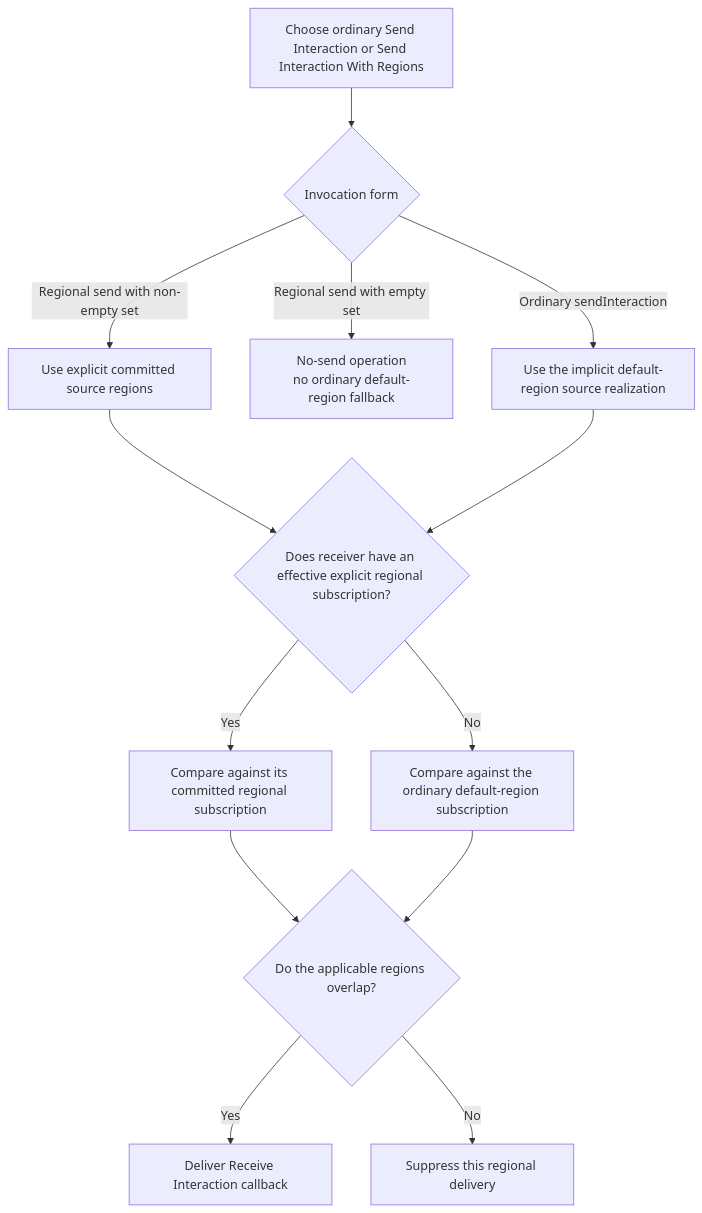
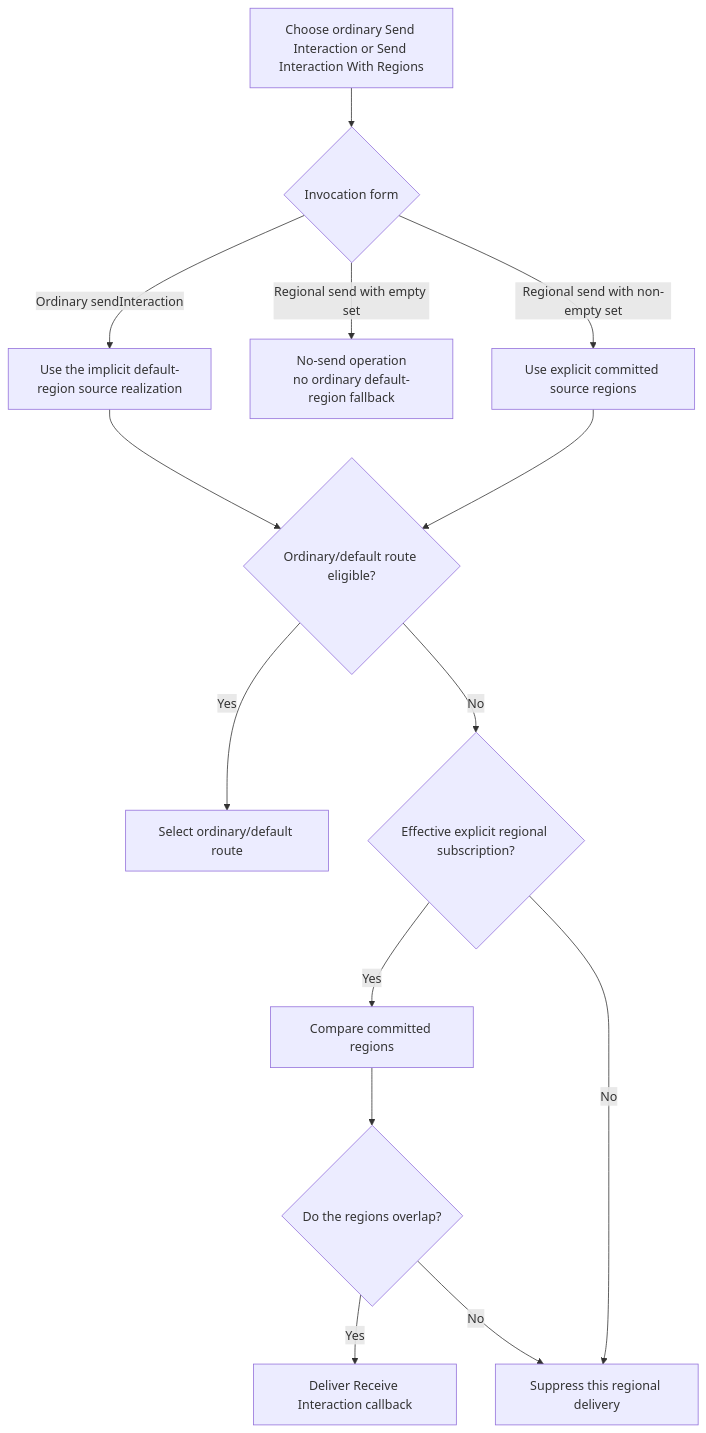
Diagram 17 of 23 in docs/design/HLA-2025-DATA-DISTRIBUTION-AND-REGIONS-FLOW-GUIDE.md (sheepfling/umbra), drawn with Mermaid before and after one commit. The commit also changed other lines of this file and 668 other files, not shown here.

````diff
--- a/docs/design/HLA-2025-DATA-DISTRIBUTION-AND-REGIONS-FLOW-GUIDE.md
+++ b/docs/design/HLA-2025-DATA-DISTRIBUTION-AND-REGIONS-FLOW-GUIDE.md
@@ -1183,15 +1432,16 @@
 ```mermaid
 flowchart TD
   A[Choose ordinary Send Interaction or Send Interaction With Regions] --> B{Invocation form}
   B -->|Ordinary sendInteraction| D[Use the implicit default-region source realization]
   B -->|Regional send with empty set| Z[No-send operation<br/>no ordinary default-region fallback]
   B -->|Regional send with non-empty set| C[Use explicit committed source regions]
-  C --> E{Does receiver have an effective explicit regional subscription?}
+  C --> E{Ordinary/default route eligible?}
   D --> E
-  E -->|Yes| F[Compare against its committed regional subscription]
-  E -->|No| G[Compare against the ordinary default-region subscription]
-  F --> H{Do the applicable regions overlap?}
-  G --> H
-  H -->|Yes| I[Deliver Receive Interaction callback]
-  H -->|No| J[Suppress this regional delivery]
+  E -->|Yes| F[Select ordinary/default route]
+  E -->|No| G{Effective explicit regional subscription?}
+  G -->|Yes| H[Compare committed regions]
+  G -->|No| J[Suppress this regional delivery]
+  H --> I{Do the regions overlap?}
+  I -->|Yes| K[Deliver Receive Interaction callback]
+  I -->|No| J
 ```
````
